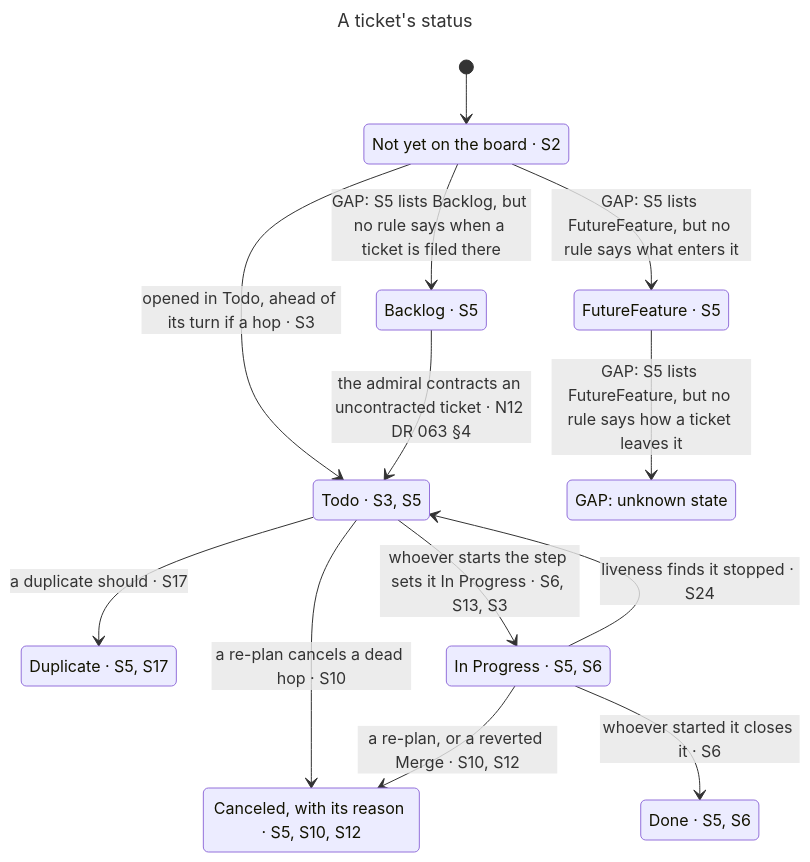
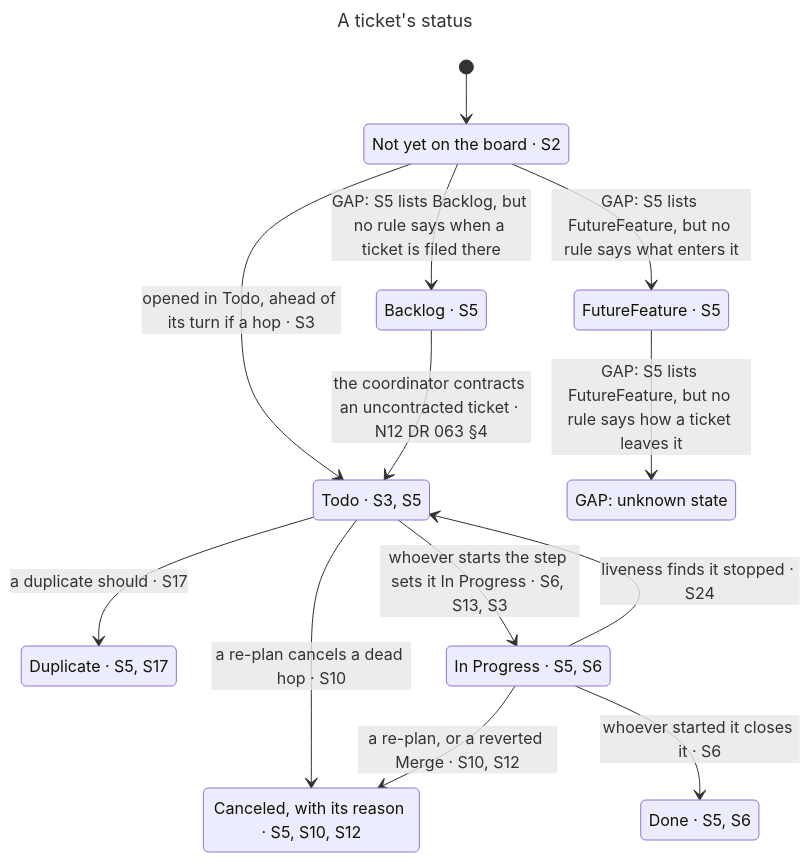
The diagram in claims/statechart/ticket-status/chart.mmd (BalazsOrg/dydo), drawn with Mermaid before and after one commit. The commit also changed 212 other files, not shown here.

```diff
--- a/claims/statechart/ticket-status/chart.mmd
+++ b/claims/statechart/ticket-status/chart.mmd
@@ -1,25 +1,25 @@
 ---
 title: "A ticket's status"
 ---
 stateDiagram-v2
   s0: Not yet on the board #183; S2
   s1: Backlog #183; S5
   s2: FutureFeature #183; S5
   s3: Todo #183; S3, S5
   s4: Canceled, with its reason #183; S5, S10, S12
   s5: Duplicate #183; S5, S17
   s6: GAP: unknown state
   s7: In Progress #183; S5, S6
   s8: Done #183; S5, S6
   [*] --> s0
   s0 --> s1: GAP: S5 lists Backlog, but no rule says when a ticket is filed there
   s0 --> s2: GAP: S5 lists FutureFeature, but no rule says what enters it
   s0 --> s3: opened in Todo, ahead of its turn if a hop #183; S3
-  s1 --> s3: the admiral contracts an uncontracted ticket #183; N12 DR 063 #167;4
+  s1 --> s3: the coordinator contracts an uncontracted ticket #183; N12 DR 063 #167;4
   s2 --> s6: GAP: S5 lists FutureFeature, but no rule says how a ticket leaves it
   s3 --> s4: a re-plan cancels a dead hop #183; S10
   s3 --> s5: a duplicate should #183; S17
   s3 --> s7: whoever starts the step sets it In Progress #183; S6, S13, S3
   s7 --> s3: liveness finds it stopped #183; S24
   s7 --> s4: a re-plan, or a reverted Merge #183; S10, S12
   s7 --> s8: whoever started it closes it #183; S6
```
